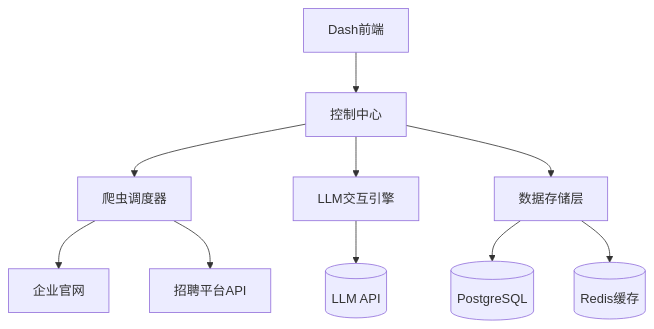
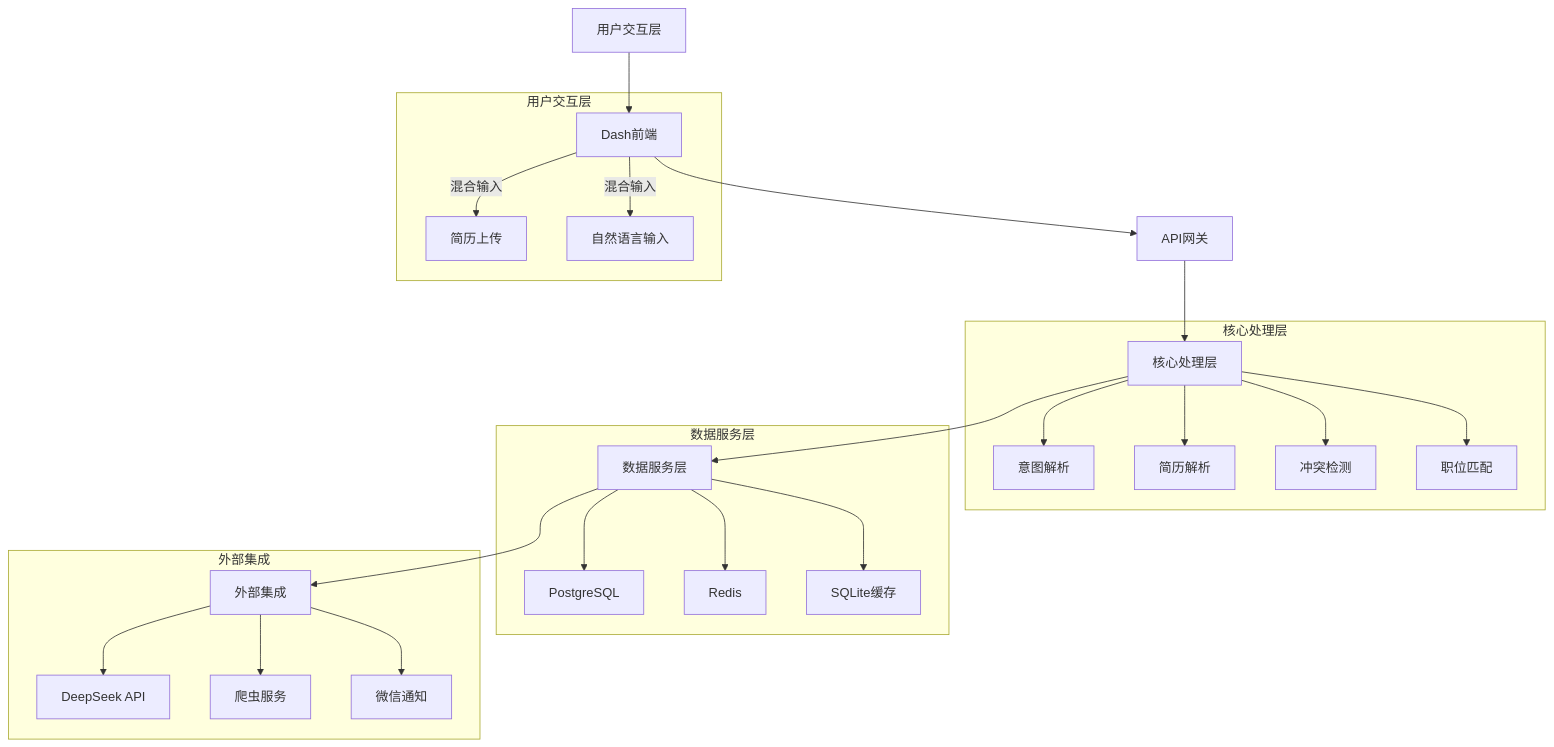
The first of 3 diagrams in README.md (yxiaoaz/intelli-job), drawn with Mermaid before and after one commit.

````diff
--- a/README.md
+++ b/README.md
@@ -40,12 +40,32 @@
 ```mermaid
 graph TD
-    A[Dash前端] --> B[控制中心]
-    B --> C[爬虫调度器]
-    B --> D[LLM交互引擎]
-    B --> E[数据存储层]
-    C --> F[企业官网]
-    C --> G[招聘平台API]
-    D --> H[(LLM API)]
-    E --> I[(PostgreSQL)]
-    E --> J[(Redis缓存)]
+    A[用户交互层] --> B[Dash前端]
+    B --> C[API网关]
+    C --> D[核心处理层]
+    D --> E[数据服务层]
+    E --> F[外部集成]
+    
+    subgraph 用户交互层
+        B -->|混合输入| B1[简历上传]
+        B -->|混合输入| B2[自然语言输入]
+    end
+    
+    subgraph 核心处理层
+        D --> D1[意图解析]
+        D --> D2[简历解析]
+        D --> D3[冲突检测]
+        D --> D4[职位匹配]
+    end
+    
+    subgraph 数据服务层
+        E --> E1[PostgreSQL]
+        E --> E2[Redis]
+        E --> E3[SQLite缓存]
+    end
+    
+    subgraph 外部集成
+        F --> F1[DeepSeek API]
+        F --> F2[爬虫服务]
+        F --> F3[微信通知]
+    end
 ```
````
